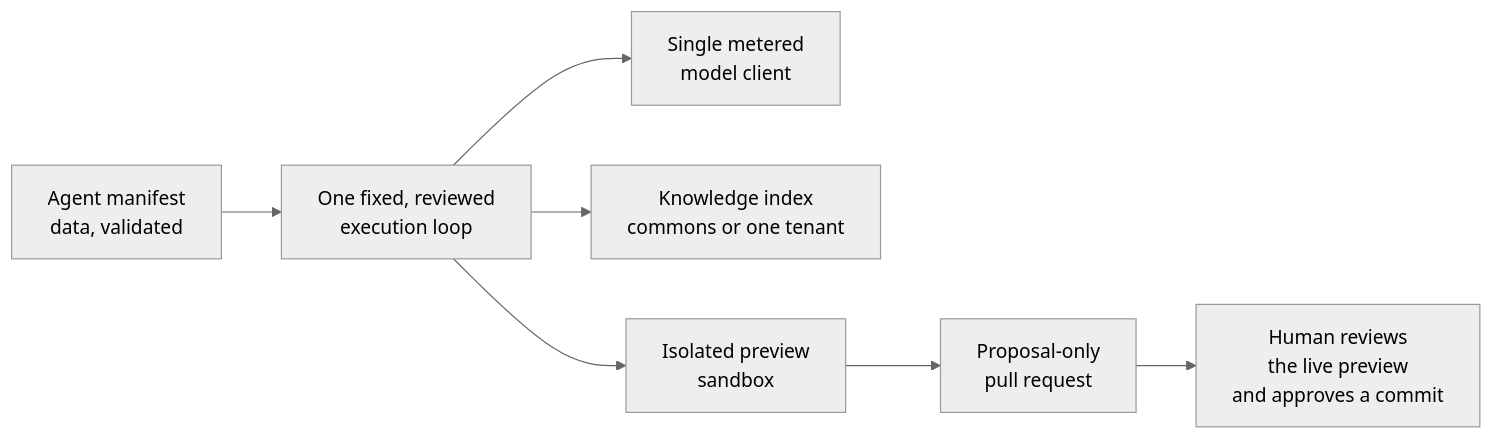
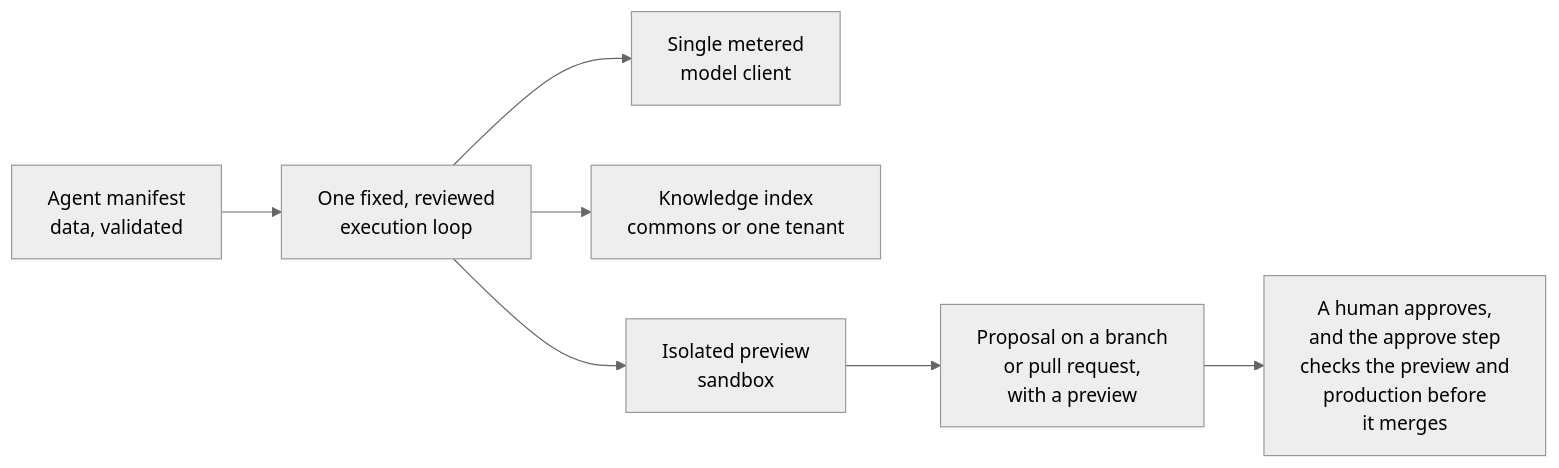
The diagram in work/agent-runtime.md (sorry2befrank/portfolio), drawn with Mermaid (neutral theme) before and after one commit. The commit also changed other lines of this file and 19 other files, not shown here.

````diff
--- a/work/agent-runtime.md
+++ b/work/agent-runtime.md
@@ -13,9 +13,9 @@
 ```mermaid
 flowchart LR
     M[Agent manifest<br/>data, validated] --> L[One fixed, reviewed<br/>execution loop]
     L --> C[Single metered<br/>model client]
     L --> K[Knowledge index<br/>commons or one tenant]
     L --> B[Isolated preview<br/>sandbox]
-    B --> P[Proposal-only<br/>pull request]
-    P --> H[Human reviews<br/>the live preview<br/>and approves a commit]
+    B --> P[Proposal on a branch<br/>or pull request,<br/>with a preview]
+    P --> H[A human approves,<br/>and the approve step<br/>checks the preview and<br/>production before<br/>it merges]
 ```
````
